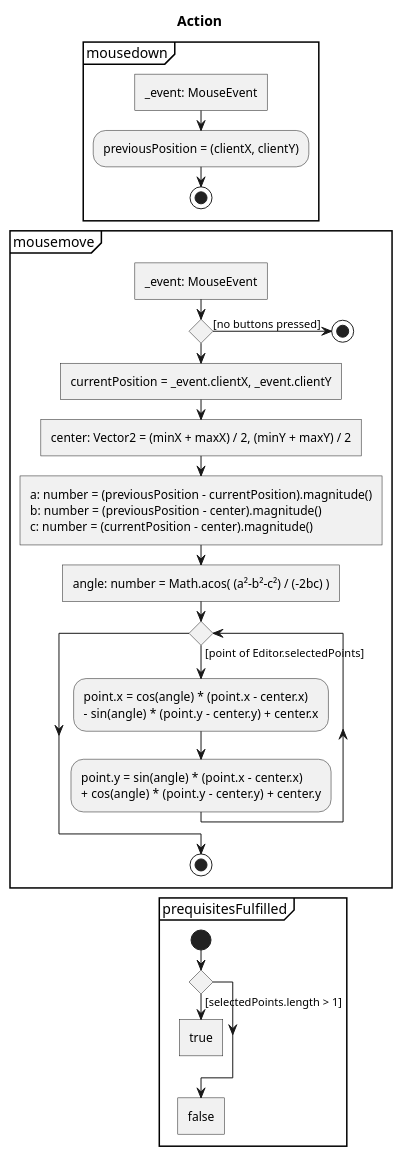
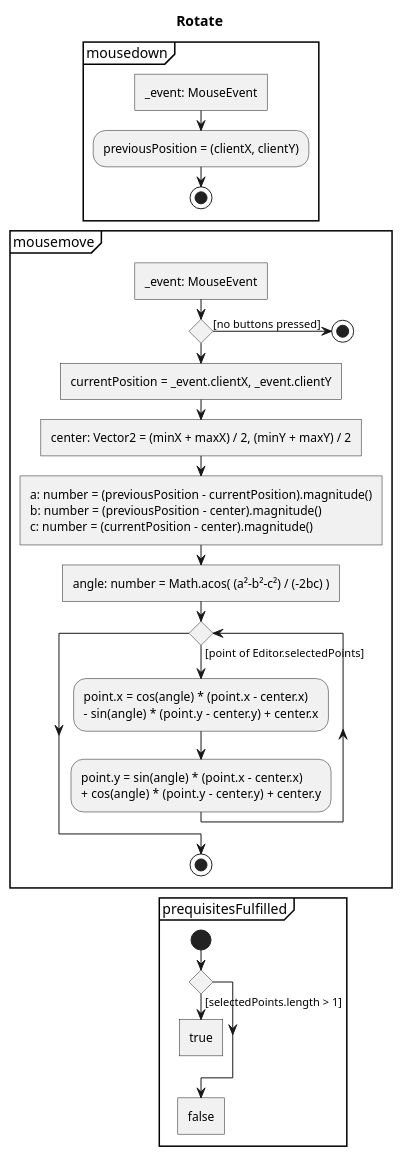
Before and after one commit to JirkaDellOro/FUDGE: the diagram in Experiments/Lukas/VectorEditor/concept/Activities/Actions/Rotate.puml, drawn with PlantUML. The commit also changed 4 other files, not shown here.

```diff
--- a/Experiments/Lukas/VectorEditor/concept/Activities/Actions/Rotate.puml
+++ b/Experiments/Lukas/VectorEditor/concept/Activities/Actions/Rotate.puml
@@ -1,43 +1,43 @@
-@startuml Action
+@startuml Rotate
 skinparam monochrome true
 
-title Action
+title Rotate
 
 partition mousedown {
 	:_event: MouseEvent]
 	:previousPosition = (clientX, clientY); 
 	stop
 }
 
 partition mousemove {
 	:_event: MouseEvent]
 	if() then ([no buttons pressed])
 	stop
 	endif
 	:currentPosition = _event.clientX, _event.clientY]
 	:center: Vector2 = (minX + maxX) / 2, (minY + maxY) / 2]
 	:a: number = (previousPosition - currentPosition).magnitude()
 	b: number = (previousPosition - center).magnitude()
 	c: number = (currentPosition - center).magnitude()]
 	:angle: number = Math.acos( (a²-b²-c²) / (-2bc) )]
 	while () is ([point of Editor.selectedPoints])
 		:point.x = cos(angle) * (point.x - center.x)
 		- sin(angle) * (point.y - center.y) + center.x;
 		:point.y = sin(angle) * (point.x - center.x)
 		+ cos(angle) * (point.y - center.y) + center.y;
 	endwhile
 	stop
 }
 
 
 partition prequisitesFulfilled {
 	start
 	if() then([selectedPoints.length > 1])
 		:true]
 		detach
 	endif
 	:false]
 	detach
 }
 
 @enduml
```
